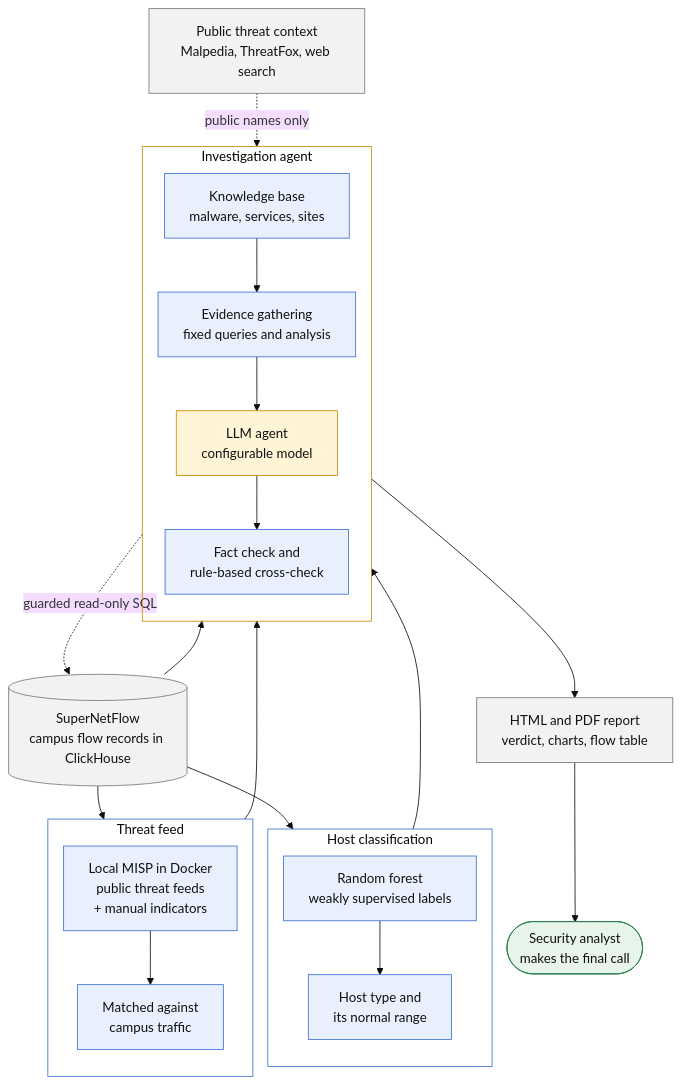
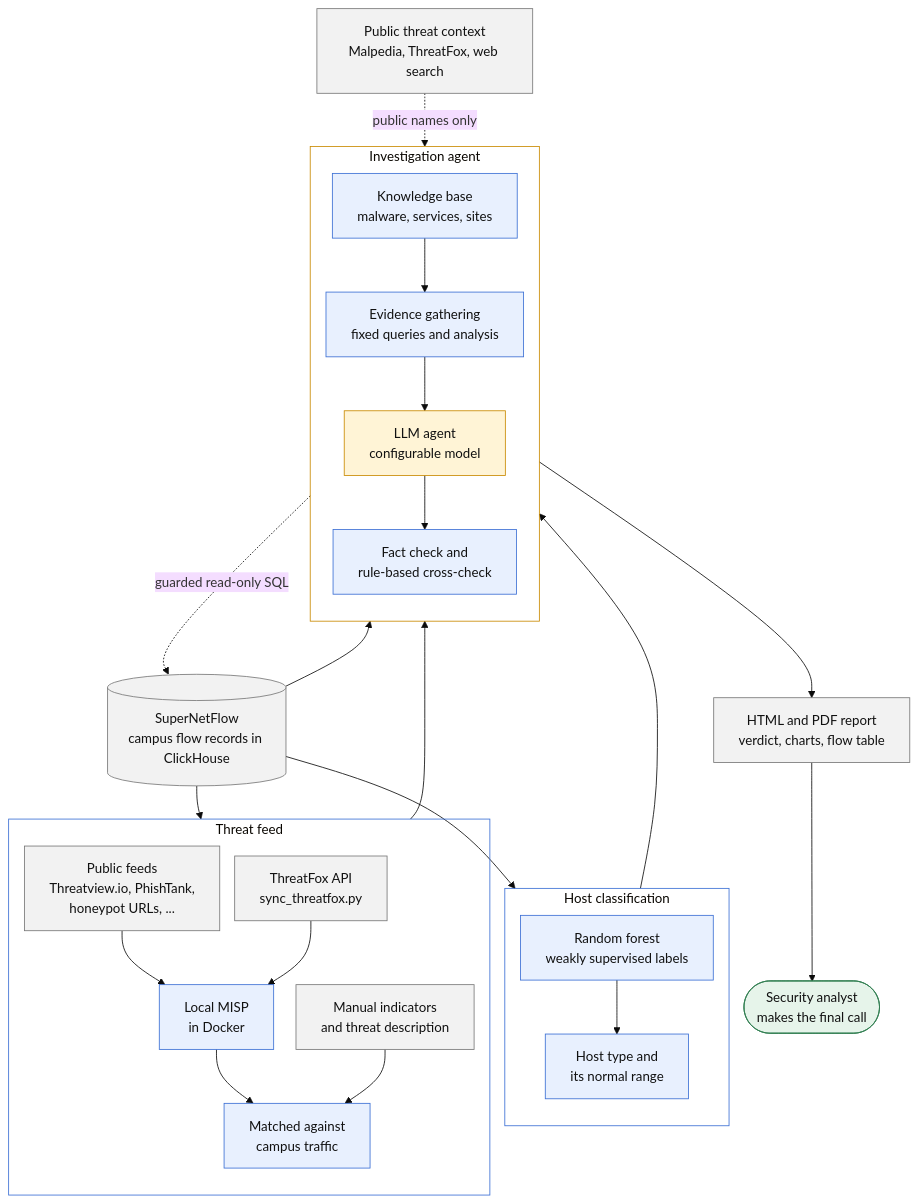
Before and after one commit to Benji-code/automated-ioc-investigator: the second of 2 diagrams in README.md, drawn with Mermaid (base theme).

Commit message:
Docs: threat feed setup in architecture diagram

````diff
--- a/README.md
+++ b/README.md
@@ -121,46 +121,49 @@
 ```mermaid
 %%{init: {"flowchart": {"nodeSpacing": 18, "rankSpacing": 40}}}%%
 flowchart TB
     db[("SuperNetFlow<br/>campus flow records in ClickHouse")]
 
     subgraph hc["Host classification"]
         direction TB
         rf["Random forest<br/>weakly supervised labels"] --> prof["Host type and<br/>its normal range"]
     end
 
     subgraph feed["Threat feed"]
         direction TB
-        tf["Local MISP in Docker<br/>public threat feeds<br/>+ manual indicators"] --> match["Matched against<br/>campus traffic"]
+        pf["Public feeds<br/>Threatview.io, PhishTank,<br/>honeypot URLs, ..."] --> tf["Local MISP<br/>in Docker"]
+        tfapi["ThreatFox API<br/>sync_threatfox.py"] --> tf
+        tf --> match["Matched against<br/>campus traffic"]
+        man["Manual indicators<br/>and threat description"] --> match
     end
 
     pub["Public threat context<br/>Malpedia, ThreatFox, web search"]
 
     subgraph core["Investigation agent"]
         direction TB
         kb["Knowledge base<br/>malware, services, sites"] --> ev["Evidence gathering<br/>fixed queries and analysis"]
         ev --> llm["LLM agent<br/>configurable model"]
         llm --> fc["Fact check and<br/>rule-based cross-check"]
     end
 
     db --> hc
     db --> feed
     db --> ev
     llm -. "guarded read-only SQL" .-> db
     prof --> ev
     match --> ev
     pub -. "public names only" .-> ev
     fc --> rep["HTML and PDF report<br/>verdict, charts, flow table"]
     rep --> analyst(["Security analyst<br/>makes the final call"])
 
     classDef code fill:#e8f0fe,stroke:#3b6fd4,color:#111
     classDef model fill:#fff4d6,stroke:#c98a00,color:#111
     classDef data fill:#f2f2f2,stroke:#777,color:#111
     classDef good fill:#e6f4ea,stroke:#2e7d4f,color:#111
     class rf,prof,kb,ev,fc,tf,match code
     class llm model
-    class db,rep,pub data
+    class db,rep,pub,pf,tfapi,man data
     class analyst good
     style hc fill:none,stroke:#3b6fd4
     style feed fill:none,stroke:#3b6fd4
     style core fill:none,stroke:#c98a00
 ```
````
